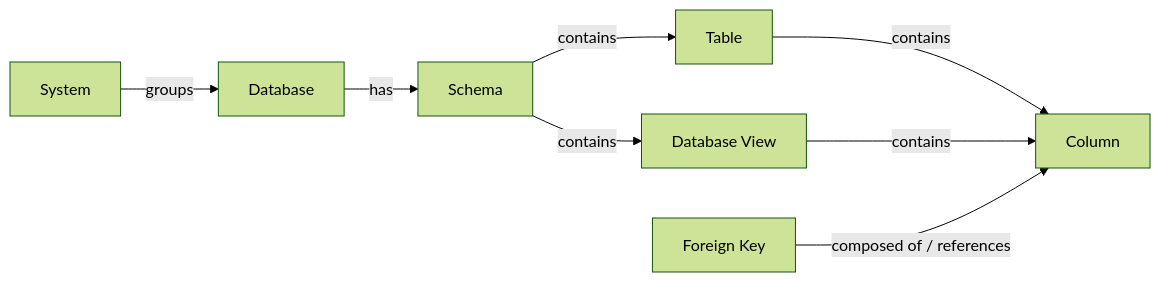
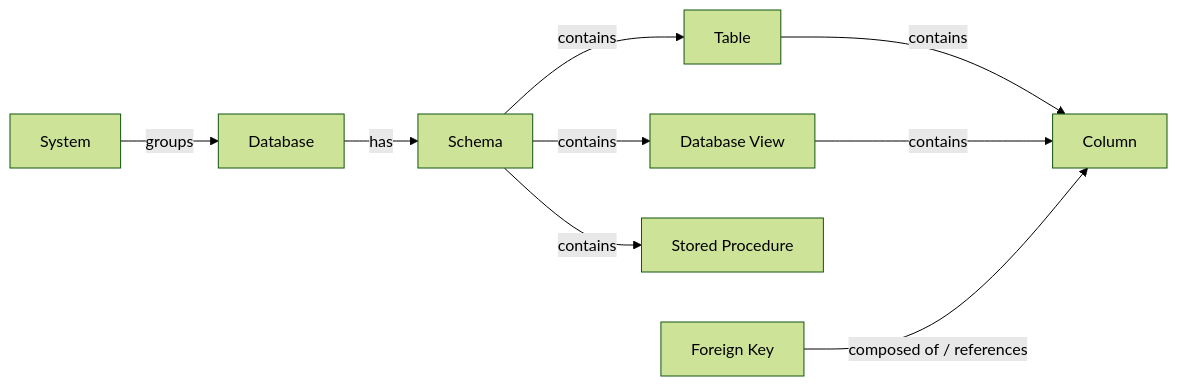
One commit to Swap-Innovation/Enterprise-Governance-Grid changed the first of 3 diagrams in connected-data/10. Contracts/Technical Catalog/01. Hierarchy And Relations.md. Above: the diagram before and after it, drawn with Mermaid (forest theme). The commit also changed other lines of this file and 650 other files, not shown here.

````diff
--- a/connected-data/10. Contracts/Technical Catalog/01. Hierarchy And Relations.md
+++ b/connected-data/10. Contracts/Technical Catalog/01. Hierarchy And Relations.md
@@ -22,10 +24,11 @@
 ```mermaid
 flowchart LR
   SYS["System"] -->|"groups"| DB["Database"]
   DB -->|"has"| SCH["Schema"]
   SCH -->|"contains"| TBL["Table"]
   SCH -->|"contains"| VIEW["Database View"]
+  SCH -->|"contains"| SP["Stored Procedure"]
   TBL -->|"contains"| COL["Column"]
   VIEW -->|"contains"| COL
   FK["Foreign Key"] -->|"composed of / references"| COL
 ```
````
